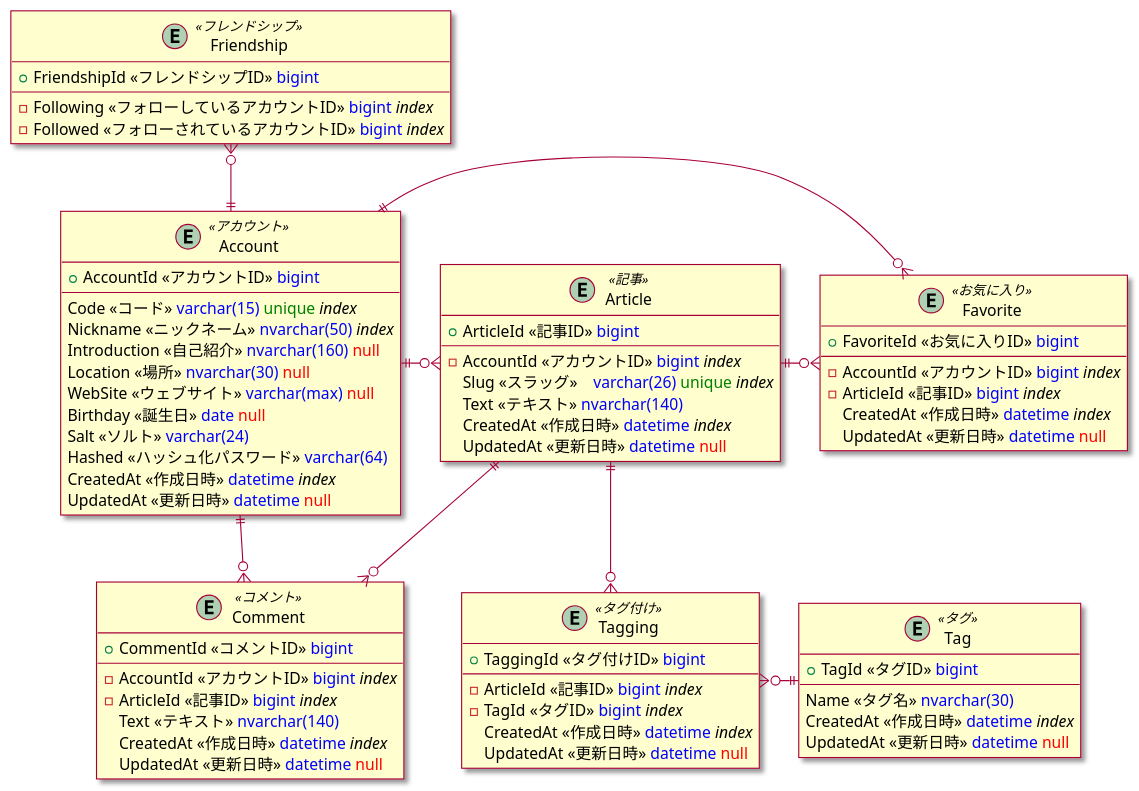
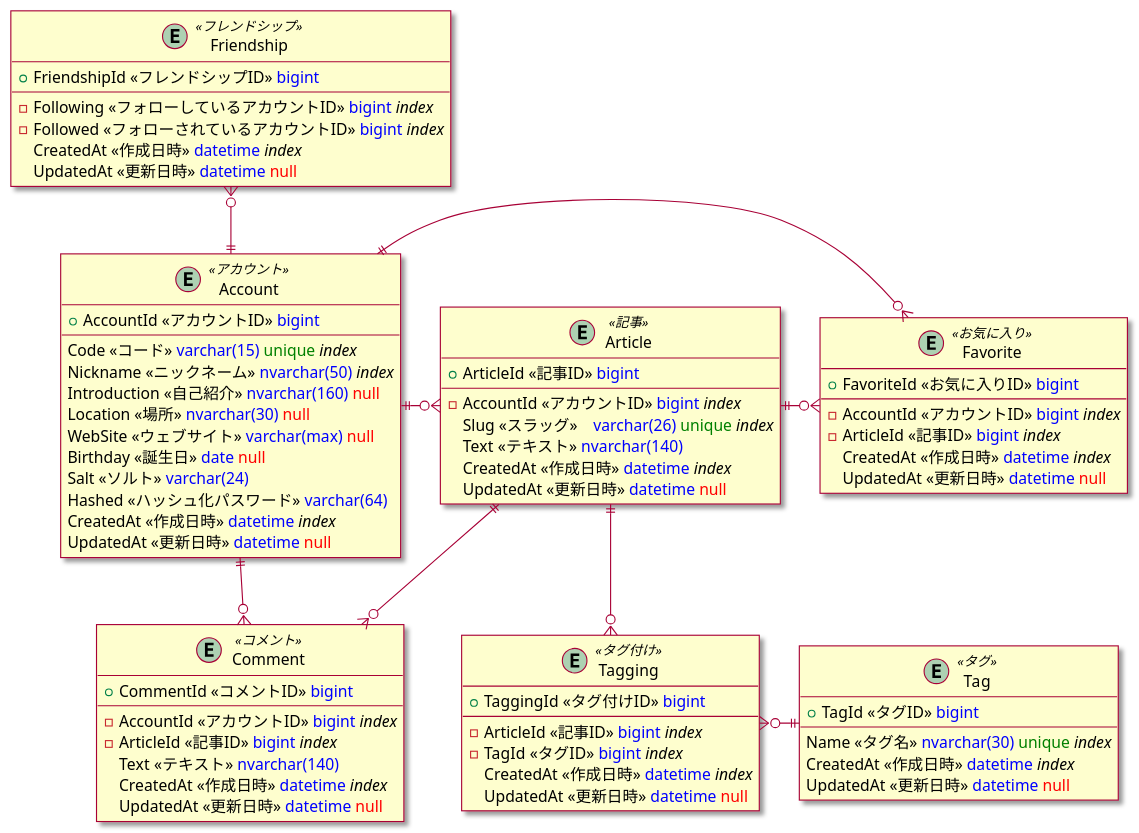
Before and after one commit to sano-suguru/SnsSample: the diagram in doc/er.pu, drawn with PlantUML. The commit also changed 1 other file, not shown here.

Commit message:
ER図を修正する #35 (#36)

```diff
--- a/doc/er.pu
+++ b/doc/er.pu
@@ -1,80 +1,82 @@
 @startuml
 skin rose
 
 entity Account <<アカウント>> {
   +AccountId <<アカウントID>> <color:blue>bigint</color>
   --
   Code <<コード>> <color:blue>varchar(15)</color> <color:green>unique</color> //index//
   Nickname <<ニックネーム>> <color:blue>nvarchar(50)</color> //index//
   Introduction <<自己紹介>> <color:blue>nvarchar(160)</color> <color:red>null</color>
   Location <<場所>> <color:blue>nvarchar(30)</color> <color:red>null</color>
   WebSite <<ウェブサイト>> <color:blue>varchar(max)</color> <color:red>null</color>
   Birthday <<誕生日>> <color:blue>date</color> <color:red>null</color>
   Salt <<ソルト>> <color:blue>varchar(24)</color>
   Hashed <<ハッシュ化パスワード>> <color:blue>varchar(64)</color>
   CreatedAt <<作成日時>> <color:blue>datetime</color> //index//
   UpdatedAt <<更新日時>> <color:blue>datetime</color> <color:red>null</color>
 }
 
 entity Friendship <<フレンドシップ>> {
   +FriendshipId <<フレンドシップID>> <color:blue>bigint</color>
   --
   -Following <<フォローしているアカウントID>> <color:blue>bigint</color> //index//
   -Followed <<フォローされているアカウントID>> <color:blue>bigint</color> //index//
+  CreatedAt <<作成日時>> <color:blue>datetime</color> //index//
+  UpdatedAt <<更新日時>> <color:blue>datetime</color> <color:red>null</color>
 }
 
 entity Article <<記事>>{
   +ArticleId <<記事ID>> <color:blue>bigint</color>
   --
   -AccountId <<アカウントID>> <color:blue>bigint</color> //index//
   Slug <<スラッグ>>　<color:blue>varchar(26)</color> <color:green>unique</color> //index//
   Text <<テキスト>> <color:blue>nvarchar(140)</color>
   CreatedAt <<作成日時>> <color:blue>datetime</color> //index//
   UpdatedAt <<更新日時>> <color:blue>datetime</color> <color:red>null</color>
 }
 
 entity Comment <<コメント>> {
   +CommentId <<コメントID>> <color:blue>bigint</color>
   --
   -AccountId <<アカウントID>> <color:blue>bigint</color> //index//
   -ArticleId <<記事ID>> <color:blue>bigint</color> //index//
   Text <<テキスト>> <color:blue>nvarchar(140)</color>
   CreatedAt <<作成日時>> <color:blue>datetime</color> //index//
   UpdatedAt <<更新日時>> <color:blue>datetime</color> <color:red>null</color>
 }
 
 entity Favorite <<お気に入り>> {
   +FavoriteId <<お気に入りID>> <color:blue>bigint</color>
   --
   -AccountId <<アカウントID>> <color:blue>bigint</color> //index//
   -ArticleId <<記事ID>> <color:blue>bigint</color> //index//
   CreatedAt <<作成日時>> <color:blue>datetime</color> //index//
   UpdatedAt <<更新日時>> <color:blue>datetime</color> <color:red>null</color>
 }
 
 entity Tag <<タグ>> {
   +TagId <<タグID>> <color:blue>bigint</color>
   --
-  Name <<タグ名>> <color:blue>nvarchar(30)</color>
+  Name <<タグ名>> <color:blue>nvarchar(30)</color> <color:green>unique</color> //index//
   CreatedAt <<作成日時>> <color:blue>datetime</color> //index//
   UpdatedAt <<更新日時>> <color:blue>datetime</color> <color:red>null</color>
 }
 
 entity Tagging <<タグ付け>> {
   +TaggingId <<タグ付けID>> <color:blue>bigint</color>
   --
   -ArticleId <<記事ID>> <color:blue>bigint</color> //index//
   -TagId <<タグID>> <color:blue>bigint</color> //index//
   CreatedAt <<作成日時>> <color:blue>datetime</color> //index//
   UpdatedAt <<更新日時>> <color:blue>datetime</color> <color:red>null</color>
 }
 
 Friendship }o--|| Account
 Account ||-o{ Article
 Article ||-o{ Comment
 Account ||--o{ Comment
 Account ||-o{ Favorite
 Article ||-o{ Favorite
 Article ||--o{ Tagging
 Tagging }o-|| Tag
 @enduml
```
